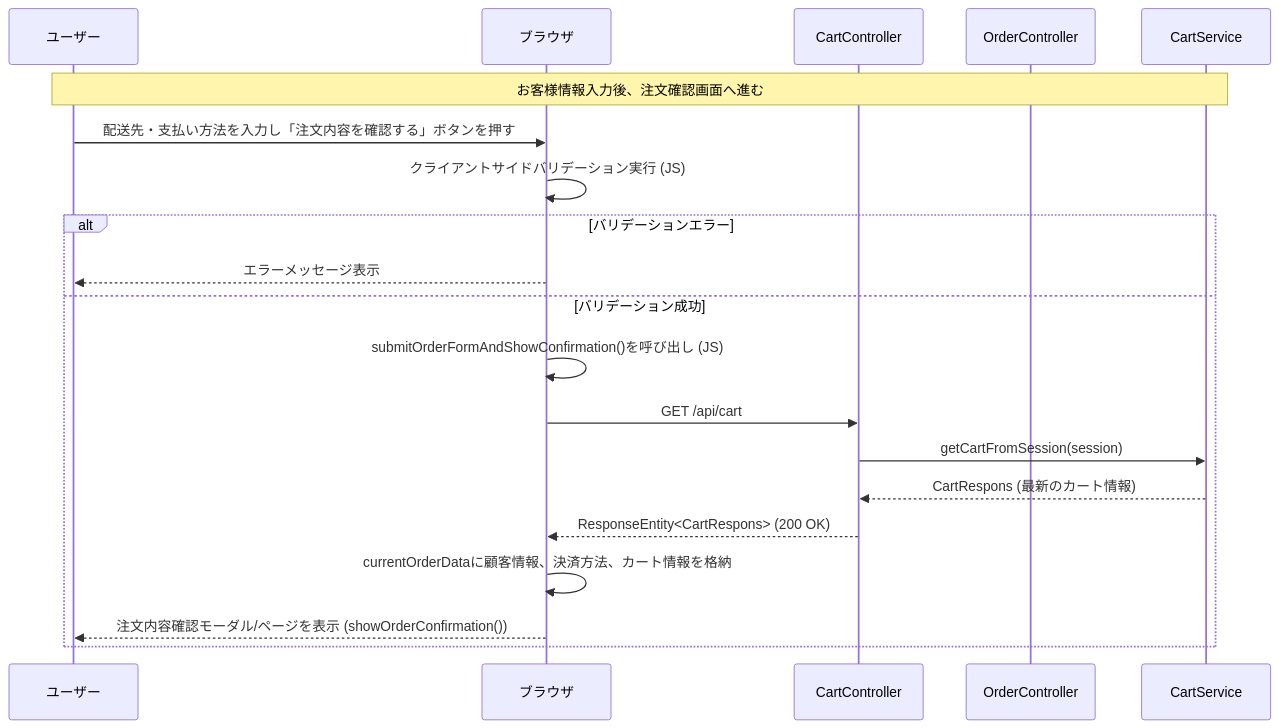
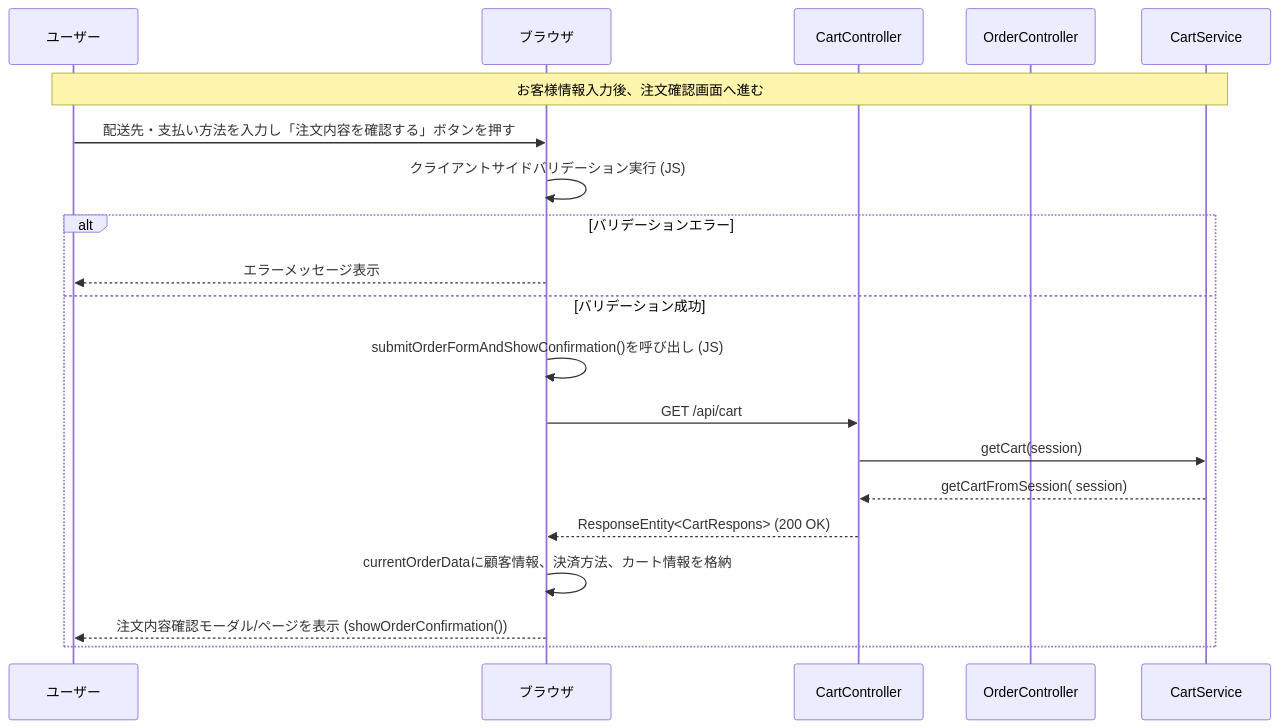
Diagram 11 of 22 in 詳細設計/詳細設計書_v3.md (shogomaeda758/Bacon), drawn with Mermaid before and after one commit. The commit also changed other lines of this file, not shown here.

Commit message:
シーケンス図のメソッド変更3

````diff
--- a/詳細設計/詳細設計書_v3.md
+++ b/詳細設計/詳細設計書_v3.md
@@ -471,23 +471,23 @@
 ```mermaid
 sequenceDiagram
     participant U as ユーザー
     participant B as ブラウザ
     participant CC as CartController
     participant OC as OrderController
     participant CS as CartService
 
     Note over U,CS: お客様情報入力後、注文確認画面へ進む
     U->>B: 配送先・支払い方法を入力し「注文内容を確認する」ボタンを押す
     B->>B: クライアントサイドバリデーション実行 (JS)
     alt バリデーションエラー
         B-->>U: エラーメッセージ表示
     else バリデーション成功
         B->>B: submitOrderFormAndShowConfirmation()を呼び出し (JS)
         B->>CC: GET /api/cart
-        CC->>CS: getCartFromSession(session)
-        CS-->>CC: CartRespons (最新のカート情報)
+        CC->>CS: getCart(session)
+        CS-->>CC:getCartFromSession( session) 
         CC-->>B: ResponseEntity<CartRespons> (200 OK)
         B->>B: currentOrderDataに顧客情報、決済方法、カート情報を格納
         B-->>U: 注文内容確認モーダル/ページを表示 (showOrderConfirmation())
     end
 ```
````
